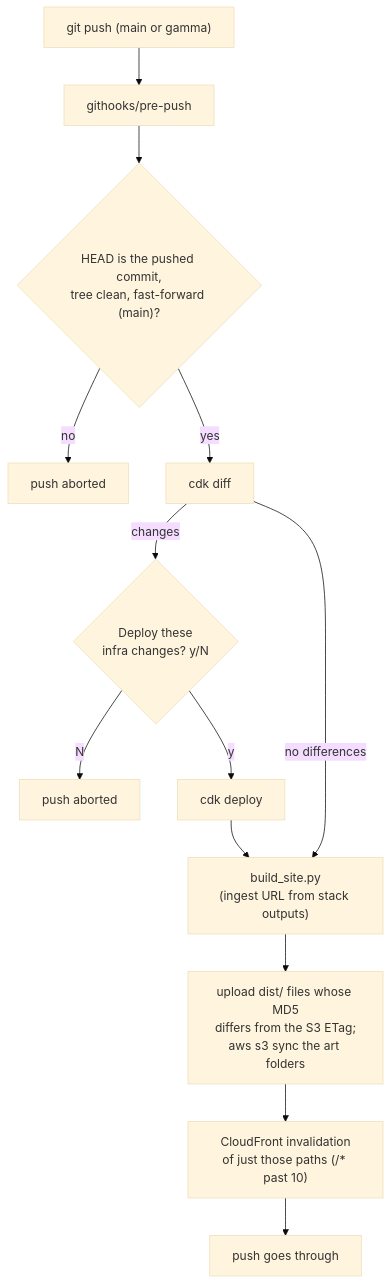
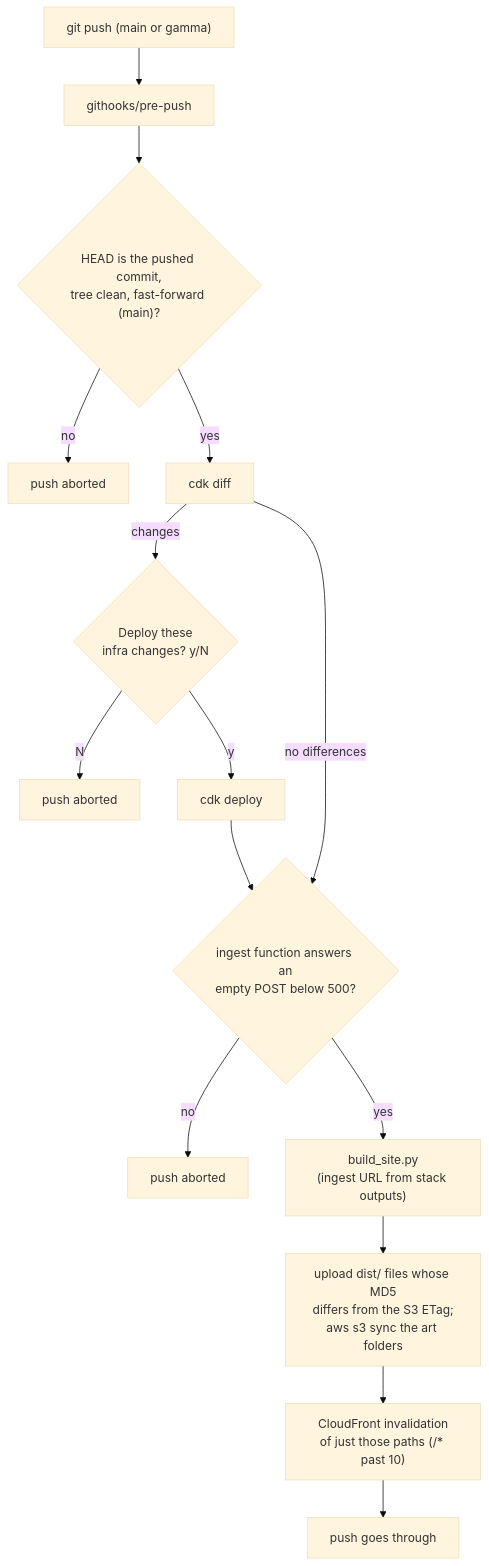
The fifth of 6 diagrams in README.md (johnstonjesse329/slay-my-stats), drawn with Mermaid (base theme) before and after one commit. The commit also changed other lines of this file and 2 other files, not shown here.

First line of the commit message:
Deploy: smoke-test the ingest function, and gate prod on gamma having passed

````diff
--- a/README.md
+++ b/README.md
@@ -485,14 +485,16 @@
 ```mermaid
 flowchart TB
     push["git push (main or gamma)"] --> hook["githooks/pre-push"]
     hook --> check{"HEAD is the pushed commit,<br/>tree clean, fast-forward (main)?"}
     check -- no --> abort["push aborted"]
     check -- yes --> diff["cdk diff"]
     diff -- "changes" --> ask{"Deploy these<br/>infra changes? y/N"}
     ask -- N --> abort2["push aborted"]
-    ask -- y --> deploy["cdk deploy"] --> build
-    diff -- "no differences" --> build
+    ask -- y --> deploy["cdk deploy"] --> smoke
+    diff -- "no differences" --> smoke
+    smoke{"ingest function answers an<br/>empty POST below 500?"} -- no --> abort3["push aborted"]
+    smoke -- yes --> build
     build["build_site.py<br/>(ingest URL from stack outputs)"] --> upload["upload dist/ files whose MD5<br/>differs from the S3 ETag;<br/>aws s3 sync the art folders"]
     upload --> inval["CloudFront invalidation<br/>of just those paths (/* past 10)"]
     inval --> done["push goes through"]
 ```
````
